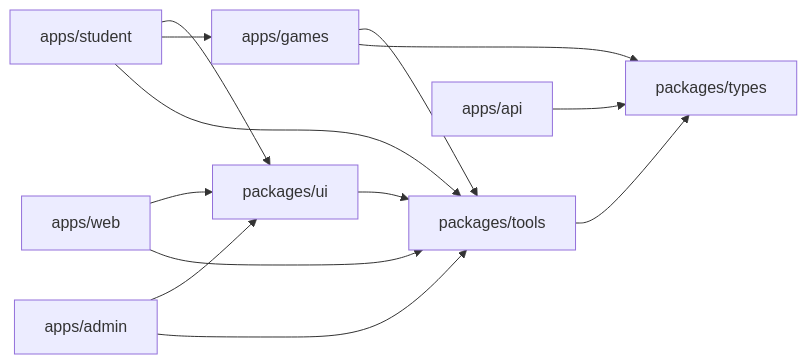
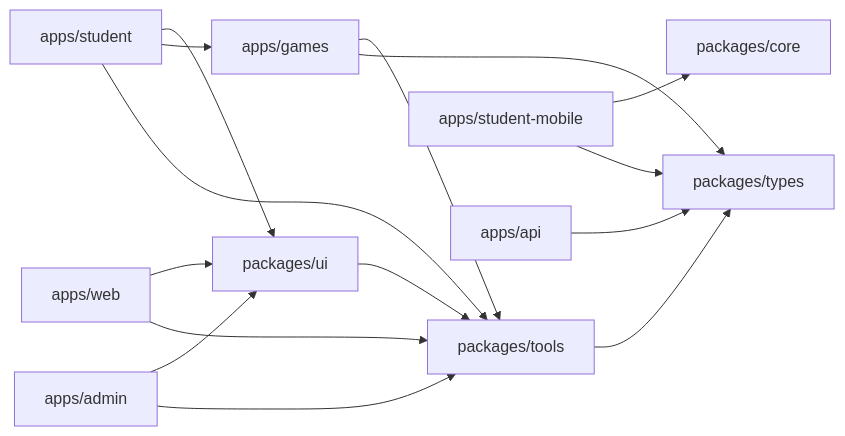
One commit to joaojuniorbr/etnos changed the first of 2 diagrams in docs-site/docs/monorepo-architecture.md. Above: the diagram before and after it, drawn with Mermaid. The commit also changed other lines of this file and 82 other files, not shown here.

````diff
--- a/docs-site/docs/monorepo-architecture.md
+++ b/docs-site/docs/monorepo-architecture.md
@@ -12,15 +12,17 @@
 ```mermaid
 flowchart LR
     A["apps/web"] --> U["packages/ui"]
     B["apps/student"] --> U
     B --> G["apps/games"]
     B --> T["packages/tools"]
+    M["apps/student-mobile"] --> C0["packages/core"]
+    M --> Y["packages/types"]
     C["apps/admin"] --> U
     C --> T
     D["apps/api"] --> Y["packages/types"]
     G --> T
     G --> Y
     T --> Y
     A --> T
     U --> T
 ```
````
